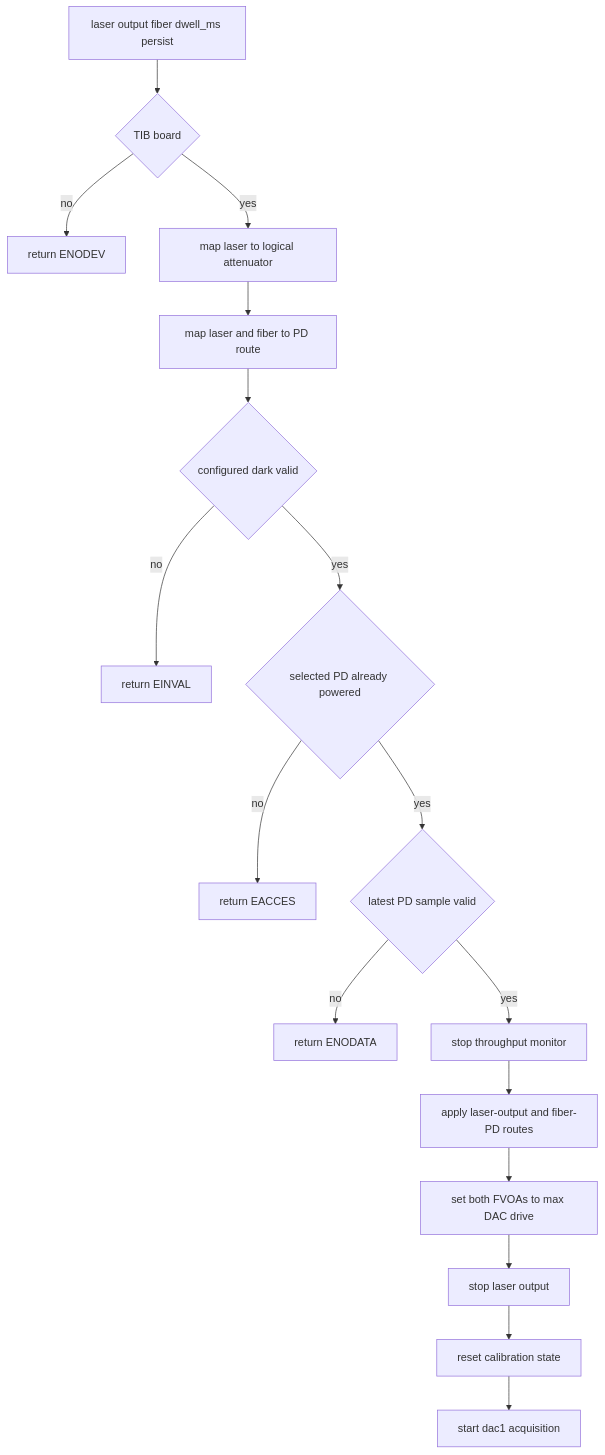
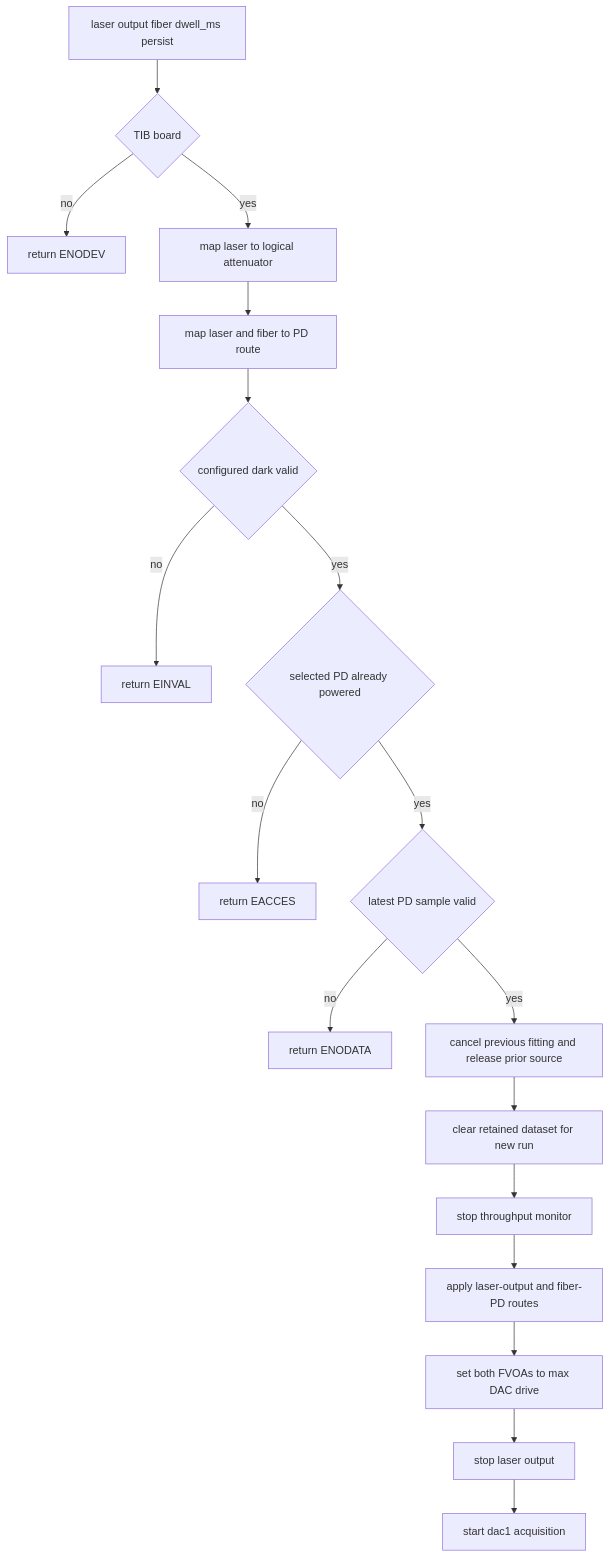
The second of 7 diagrams in doc/attenuator_calibration.md (COO-Utilities/hispec-tib), drawn with Mermaid before and after one commit. The commit also changed other lines of this file and 10 other files, not shown here.

````diff
--- a/doc/attenuator_calibration.md
+++ b/doc/attenuator_calibration.md
@@ -51,19 +52,20 @@
 ```mermaid
 flowchart TD
   Request[laser output fiber dwell_ms persist] --> Board{TIB board}
   Board -- no --> ENODEV[return ENODEV]
   Board -- yes --> LaserMap[map laser to logical attenuator]
   LaserMap --> PDRoutes[map laser and fiber to PD route]
   PDRoutes --> Dark{configured dark valid}
   Dark -- no --> EINVAL[return EINVAL]
   Dark -- yes --> PDOn{selected PD already powered}
   PDOn -- no --> EACCES[return EACCES]
   PDOn -- yes --> PDValid{latest PD sample valid}
   PDValid -- no --> ENODATA[return ENODATA]
-  PDValid -- yes --> StopTP[stop throughput monitor]
+  PDValid -- yes --> Previous[cancel previous fitting and release prior source]
+  Previous --> Init[clear retained dataset for new run]
+  Init --> StopTP[stop throughput monitor]
   StopTP --> Routes[apply laser-output and fiber-PD routes]
   Routes --> MaxAtten[set both FVOAs to max DAC drive]
   MaxAtten --> LaserOff[stop laser output]
-  LaserOff --> Init[reset calibration state]
-  Init --> First[start dac1 acquisition]
+  LaserOff --> First[start dac1 acquisition]
 ```
````
